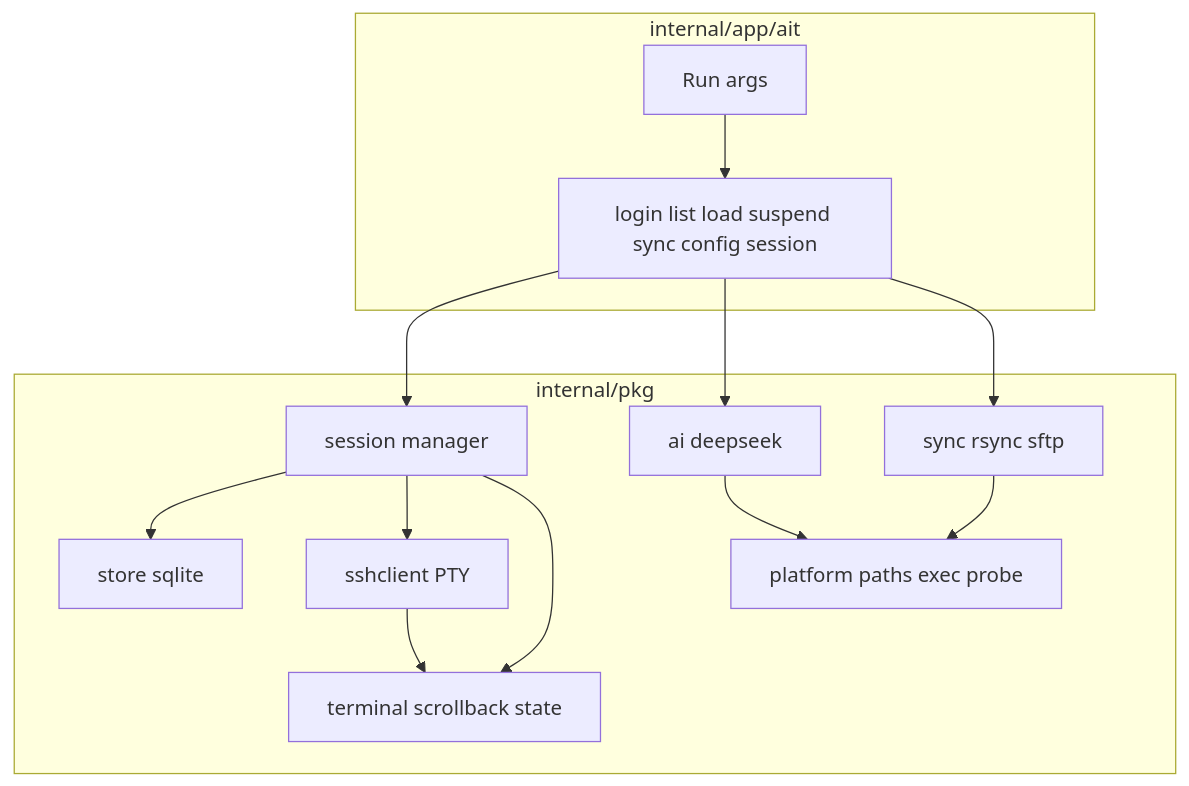
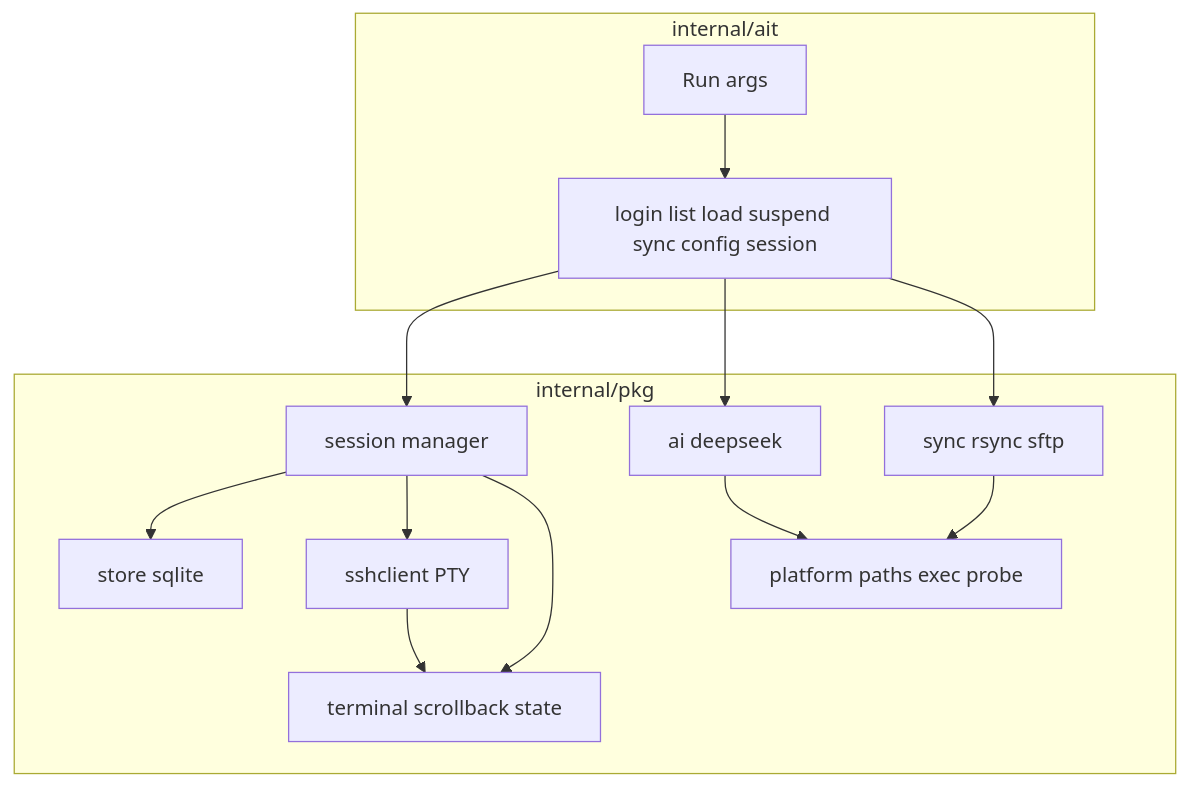
Before and after one commit to os-artificer/AiT: the first of 4 diagrams in docs/design.md, drawn with Mermaid. The commit also changed other lines of this file and 17 other files, not shown here.

First line of the commit message:
refactor: move CLI from internal/app/ait to internal/ait

````diff
--- a/docs/design.md
+++ b/docs/design.md
@@ -36,26 +36,26 @@
 ```mermaid
 flowchart TB
-  subgraph cli [internal/app/ait]
+  subgraph cli [internal/ait]
     Run[Run args]
     Commands[login list load suspend sync config session]
   end
   subgraph pkgs [internal/pkg]
     Store[store sqlite]
     Sess[session manager]
     SSH[sshclient PTY]
     Term[terminal scrollback state]
     AI[ai deepseek]
     Plat[platform paths exec probe]
     Sync[sync rsync sftp]
   end
   Run --> Commands
   Commands --> Sess
   Sess --> Store
   Sess --> SSH
   Sess --> Term
   Commands --> AI
   Commands --> Sync
   Sync --> Plat
   AI --> Plat
   SSH --> Term
 ```
````
